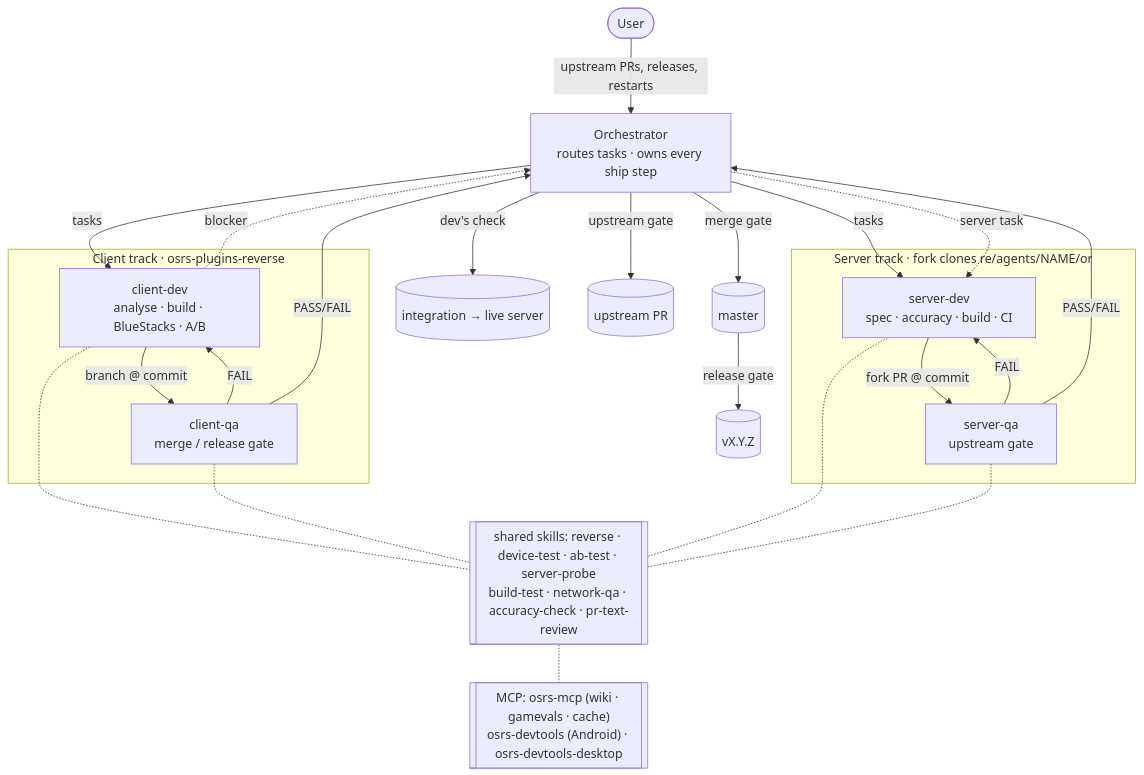
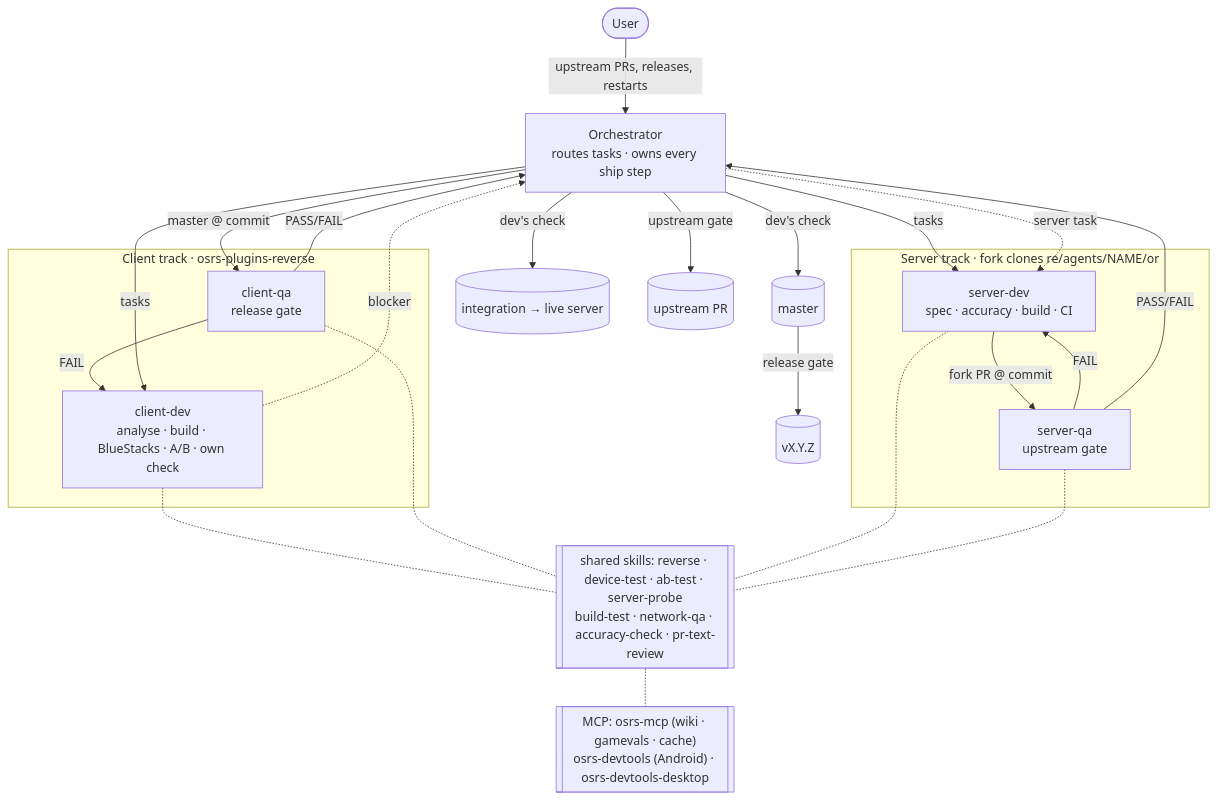
The diagram in docs/workflow.md (AlexPerrin/osrs-plugins-reverse), drawn with Mermaid before and after one commit. The commit also changed other lines of this file and 3 other files, not shown here.

First line of the commit message:
Client track: dev's own check (built, changed path tried on the device) ships to master; client-qa runs only the release gate

````diff
--- a/docs/workflow.md
+++ b/docs/workflow.md
@@ -243,28 +255,29 @@
 ```mermaid
 flowchart TB
   user([User]) -- "upstream PRs, releases, restarts" --> orch
   orch["Orchestrator<br/>routes tasks · owns every ship step"]
 
   subgraph client["Client track · osrs-plugins-reverse"]
-    cdev["client-dev<br/>analyse · build · BlueStacks · A/B"] -- "branch @ commit" --> cqa["client-qa<br/>merge / release gate"]
-    cqa -- "FAIL" --> cdev
+    cdev["client-dev<br/>analyse · build · BlueStacks · A/B · own check"]
+    cqa["client-qa<br/>release gate"] -- "FAIL" --> cdev
   end
 
   subgraph server["Server track · fork clones re/agents/NAME/or"]
     sdev["server-dev<br/>spec · accuracy · build · CI"] -- "fork PR @ commit" --> sqa["server-qa<br/>upstream gate"]
     sqa -- "FAIL" --> sdev
   end
 
   orch -- "tasks" --> cdev & sdev
+  orch -- "master @ commit" --> cqa
   cqa & sqa -- "PASS/FAIL" --> orch
   cdev -. "blocker" .-> orch -. "server task" .-> sdev
 
-  orch -- "merge gate" --> master[(master)] -- "release gate" --> release[(vX.Y.Z)]
+  orch -- "dev's check" --> master[(master)] -- "release gate" --> release[(vX.Y.Z)]
   orch -- "dev's check" --> integ[(integration → live server)]
   orch -- "upstream gate" --> upstream[(upstream PR)]
 
   skills[["shared skills: reverse · device-test · ab-test · server-probe<br/>build-test · network-qa · accuracy-check · pr-text-review"]]
   mcp[["MCP: osrs-mcp (wiki · gamevals · cache)<br/>osrs-devtools (Android) · osrs-devtools-desktop"]]
   cdev & cqa & sdev & sqa -.- skills
   skills -.- mcp
 ```
````
